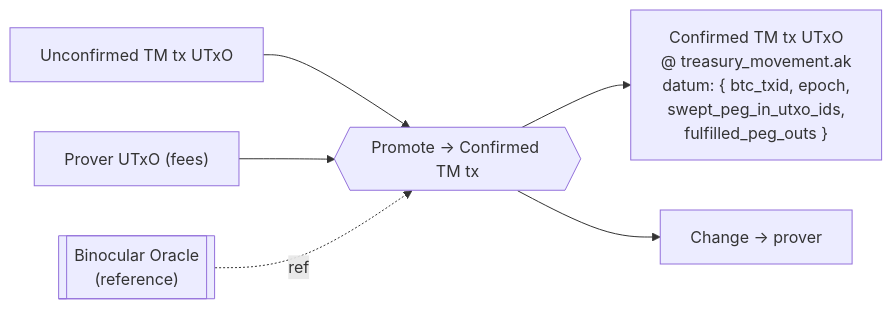
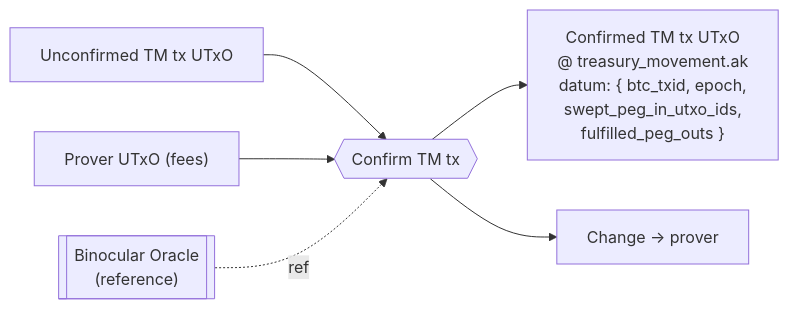
Before and after one commit to FluidTokens/ft-bifrost-bridge: the sixth of 8 diagrams in documentation/technical_documentation.md, drawn with Mermaid. The commit also changed other lines of this file, not shown here.

First line of the commit message:
Rename Promote TM tx to Confirm TM tx

````diff
--- a/documentation/technical_documentation.md
+++ b/documentation/technical_documentation.md
@@ -659,8 +659,8 @@
 ```mermaid
 flowchart LR
-  unconf["Unconfirmed TM tx UTxO"] --> tx{{"Promote → Confirmed TM tx"}}
+  unconf["Unconfirmed TM tx UTxO"] --> tx{{"Confirm TM tx"}}
   prover["Prover UTxO (fees)"] --> tx
   binoc[["Binocular Oracle<br/>(reference)"]] -. ref .-> tx
   tx --> conf["Confirmed TM tx UTxO<br/>@ treasury_movement.ak<br/>datum: { btc_txid, epoch,<br/>swept_peg_in_utxo_ids,<br/>fulfilled_peg_outs }"]
   tx --> change["Change → prover"]
 ```
````
